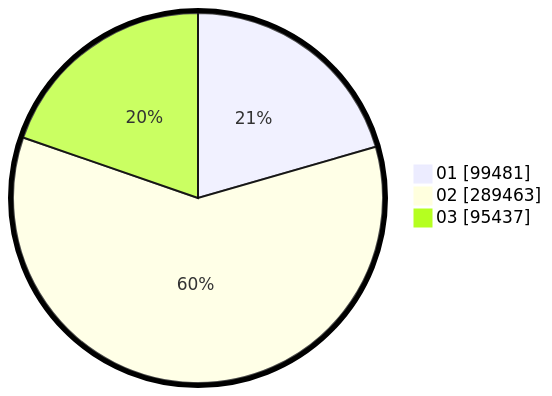
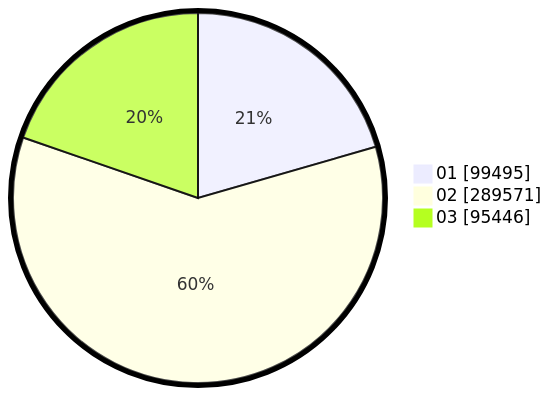
The second of 2 diagrams in pilpres/hitung-suara/sub/table-wilayah-99.md (gigit-pemilu/pemilu-2024), drawn with Mermaid before and after one commit. The commit also changed other lines of this file and 9 other files, not shown here.

````diff
--- a/pilpres/hitung-suara/sub/table-wilayah-99.md
+++ b/pilpres/hitung-suara/sub/table-wilayah-99.md
@@ -15,7 +15,7 @@
 ```mermaid
 %%{init: {"pie": {"textPosition": 0.5}, "themeVariables": {"pieOuterStrokeWidth": "5px"}} }%%
 pie showData
-    "01" : 99481
-    "02" : 289463
-    "03" : 95437
+    "01" : 99495
+    "02" : 289571
+    "03" : 95446
 ```
````
